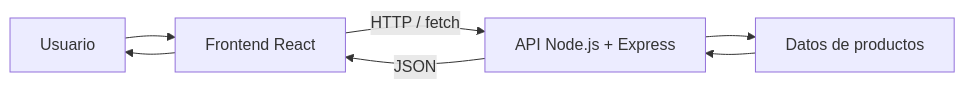
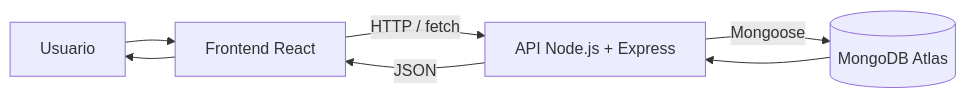
The diagram in README.md (gianellaromero/muebleria-hermanos-jota), drawn with Mermaid before and after one commit. The commit also changed other lines of this file, not shown here.

Commit message:
docs: actualizar README con MongoDB, CRUD y variables de entorno

````diff
--- a/README.md
+++ b/README.md
@@ -103,9 +116,9 @@
 ```mermaid
 flowchart LR
     A[Usuario] --> B[Frontend React]
     B -->|HTTP / fetch| C[API Node.js + Express]
-    C --> D[Datos de productos]
+    C -->|Mongoose| D[(MongoDB Atlas)]
     D --> C
     C -->|JSON| B
     B --> A
 ```
````
